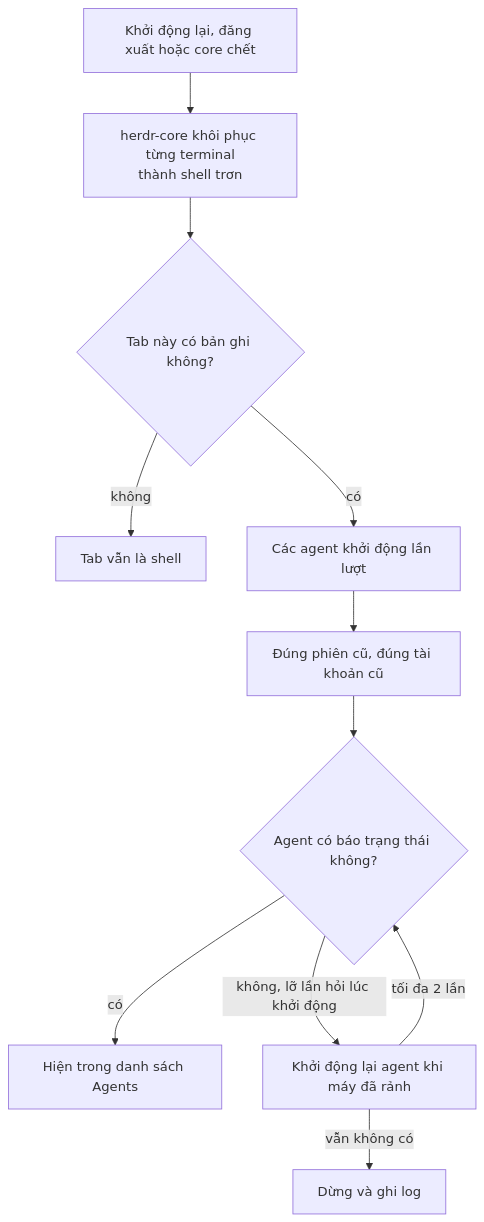
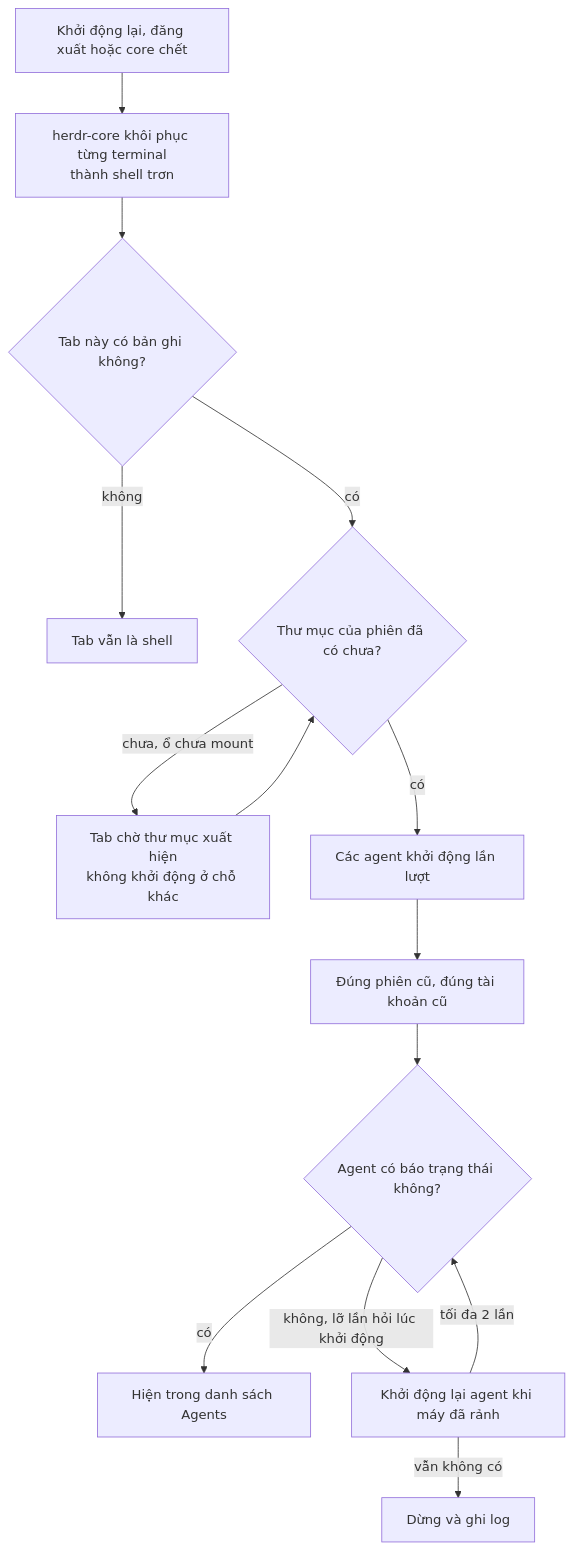
Before and after one commit to thuongtin/herdr-agents-field-guide: the first of 2 diagrams in README.md, drawn with Mermaid. The commit also changed other lines of this file and 7 other files, not shown here.

````diff
--- a/README.md
+++ b/README.md
@@ -21,13 +22,16 @@
 ```mermaid
 flowchart TD
     A["Khởi động lại, đăng xuất hoặc core chết"] --> B["herdr-core khôi phục từng terminal<br/>thành shell trơn"]
     B --> C{"Tab này có bản ghi không?"}
     C -- "không" --> S["Tab vẫn là shell"]
-    C -- "có" --> D["Các agent khởi động lần lượt"]
+    C -- "có" --> K{"Thư mục của phiên đã có chưa?"}
+    K -- "chưa, ổ chưa mount" --> W["Tab chờ thư mục xuất hiện<br/>không khởi động ở chỗ khác"]
+    W --> K
+    K -- "có" --> D["Các agent khởi động lần lượt"]
     D --> E["Đúng phiên cũ, đúng tài khoản cũ"]
     E --> F{"Agent có báo trạng thái không?"}
     F -- "có" --> G["Hiện trong danh sách Agents"]
     F -- "không, lỡ lần hỏi lúc khởi động" --> H["Khởi động lại agent khi máy đã rảnh"]
     H -- "tối đa 2 lần" --> F
     H -- "vẫn không có" --> I["Dừng và ghi log"]
 ```
````
